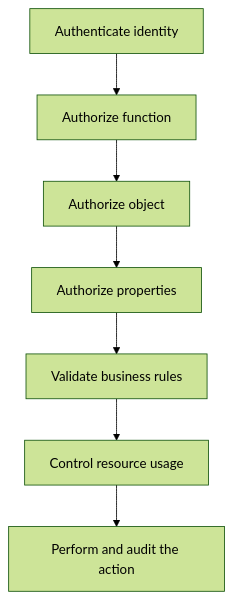
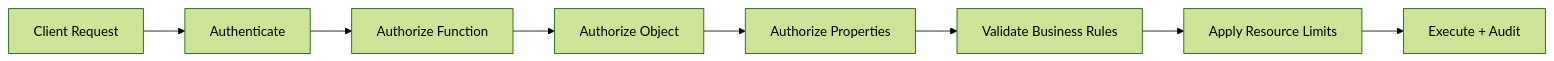
The first of 4 diagrams in src/content/security/owasp-api-top-10.md (AvadhBhalodiya/Interview-Preparation), drawn with Mermaid (forest theme) before and after one commit. The commit also changed other lines of this file and 54 other files, not shown here.

````diff
--- a/src/content/security/owasp-api-top-10.md
+++ b/src/content/security/owasp-api-top-10.md
@@ -23,9 +26,10 @@
 ```mermaid
-flowchart TD
-    A[Authenticate identity] --> B[Authorize function]
-    B --> C[Authorize object]
-    C --> D[Authorize properties]
-    D --> E[Validate business rules]
-    E --> F[Control resource usage]
-    F --> G[Perform and audit the action]
+flowchart LR
+    A[Client Request] --> B[Authenticate]
+    B --> C[Authorize Function]
+    C --> D[Authorize Object]
+    D --> E[Authorize Properties]
+    E --> F[Validate Business Rules]
+    F --> G[Apply Resource Limits]
+    G --> H[Execute + Audit]
 ```
````
